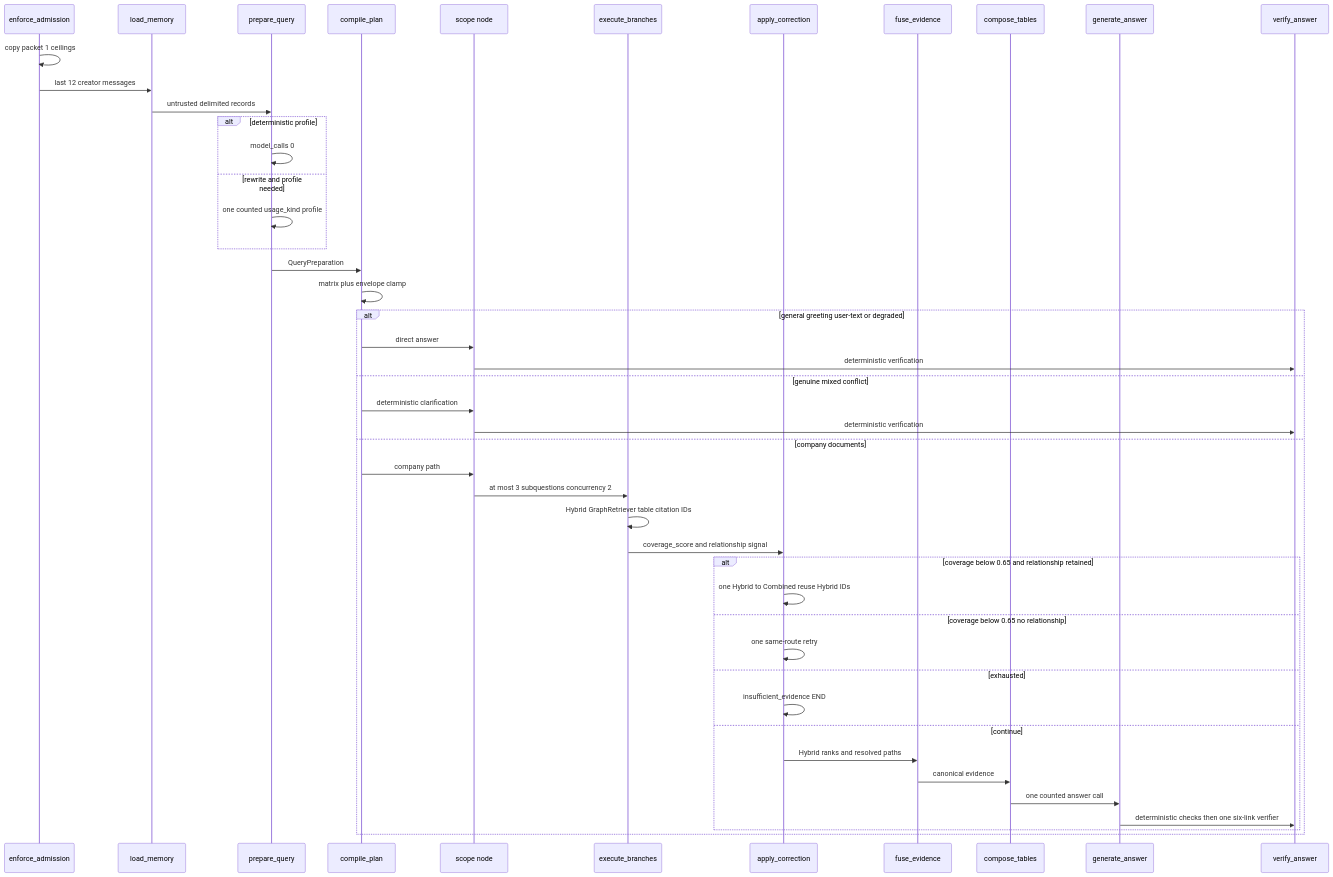
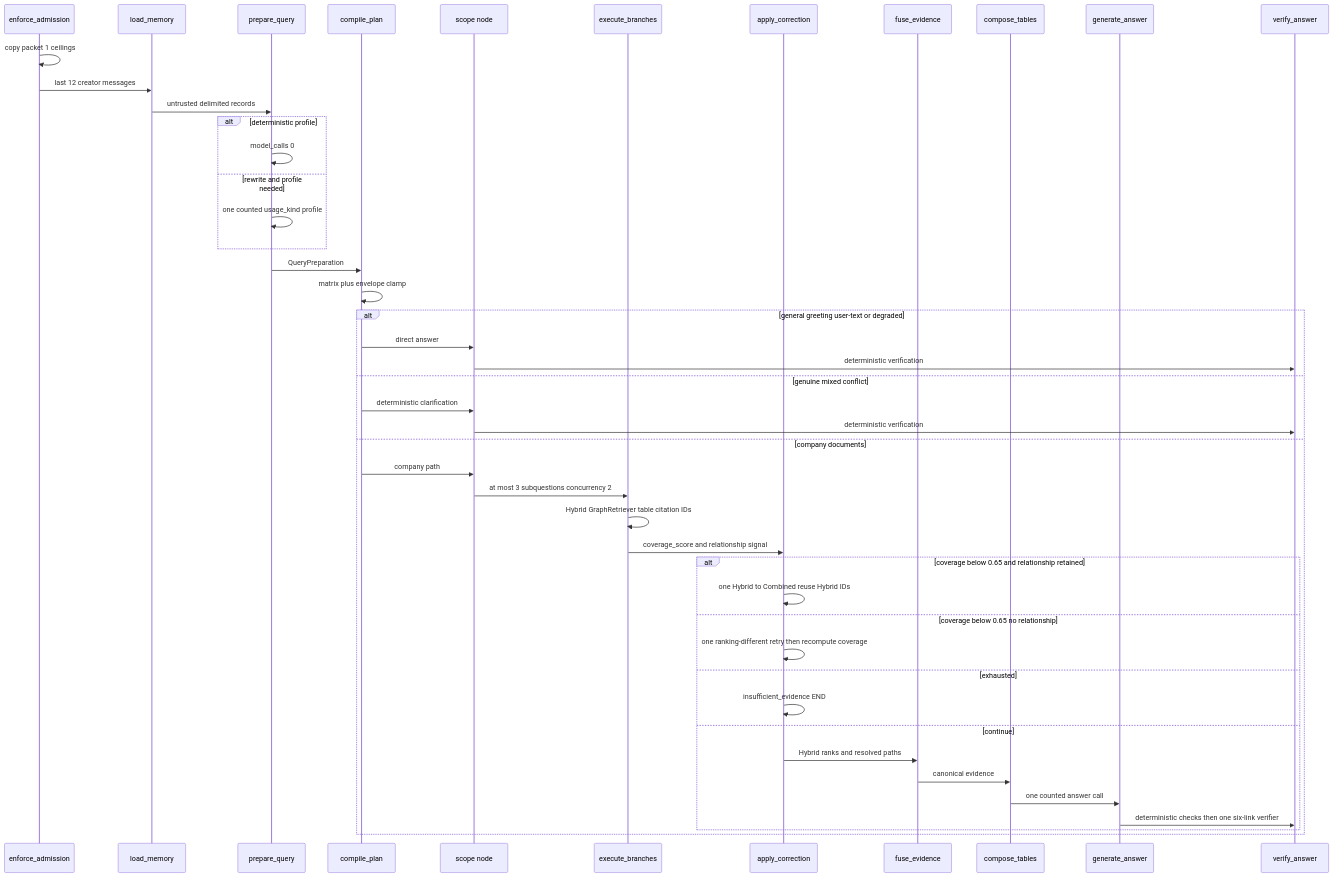
The third of 3 diagrams in docs/agent/QUERY_ROUTING.md (Nagdy8888/smart-rag), drawn with Mermaid before and after one commit. The commit also changed other lines of this file and 14 other files, not shown here.

Commit message:
fix(retrieval): exclude source titles from coverage and require a ranking-different retry

````diff
--- a/docs/agent/QUERY_ROUTING.md
+++ b/docs/agent/QUERY_ROUTING.md
@@ -231,49 +231,49 @@
 ```mermaid
 sequenceDiagram
   participant Admit as enforce_admission
   participant Mem as load_memory
   participant Prep as prepare_query
   participant Plan as compile_plan
   participant Scope as scope node
   participant Br as execute_branches
   participant Corr as apply_correction
   participant Fuse as fuse_evidence
   participant Tables as compose_tables
   participant Ans as generate_answer
   participant Ver as verify_answer
 
   Admit->>Admit: copy packet 1 ceilings
   Admit->>Mem: last 12 creator messages
   Mem->>Prep: untrusted delimited records
   alt deterministic profile
     Prep->>Prep: model_calls 0
   else rewrite and profile needed
     Prep->>Prep: one counted usage_kind profile
   end
   Prep->>Plan: QueryPreparation
   Plan->>Plan: matrix plus envelope clamp
   alt general greeting user-text or degraded
     Plan->>Scope: direct answer
     Scope->>Ver: deterministic verification
   else genuine mixed conflict
     Plan->>Scope: deterministic clarification
     Scope->>Ver: deterministic verification
   else company documents
     Plan->>Scope: company path
     Scope->>Br: at most 3 subquestions concurrency 2
     Br->>Br: Hybrid GraphRetriever table citation IDs
     Br->>Corr: coverage_score and relationship signal
     alt coverage below 0.65 and relationship retained
       Corr->>Corr: one Hybrid to Combined reuse Hybrid IDs
     else coverage below 0.65 no relationship
-      Corr->>Corr: one same-route retry
+      Corr->>Corr: one ranking-different retry then recompute coverage
     else exhausted
       Corr->>Corr: insufficient_evidence END
     else continue
       Corr->>Fuse: Hybrid ranks and resolved paths
       Fuse->>Tables: canonical evidence
       Tables->>Ans: one counted answer call
       Ans->>Ver: deterministic checks then one six-link verifier
     end
   end
 ```
````
